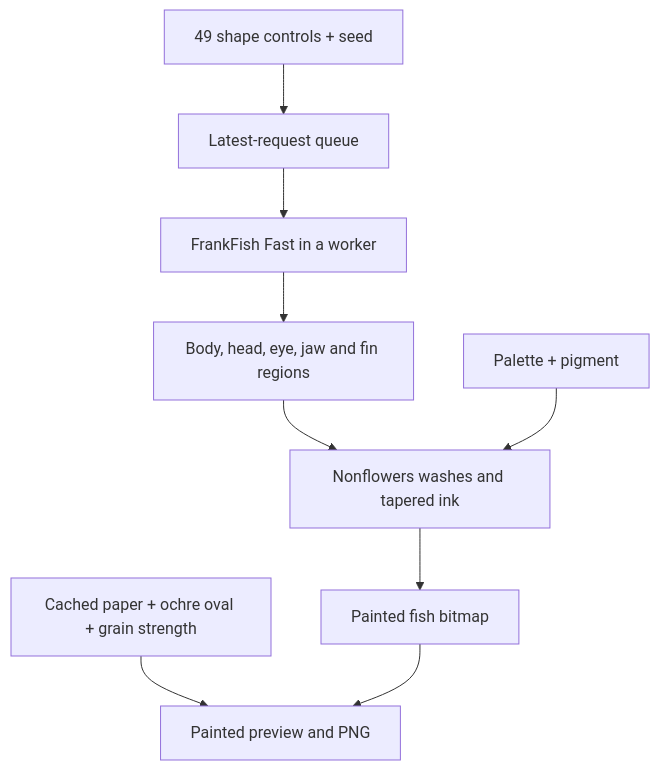
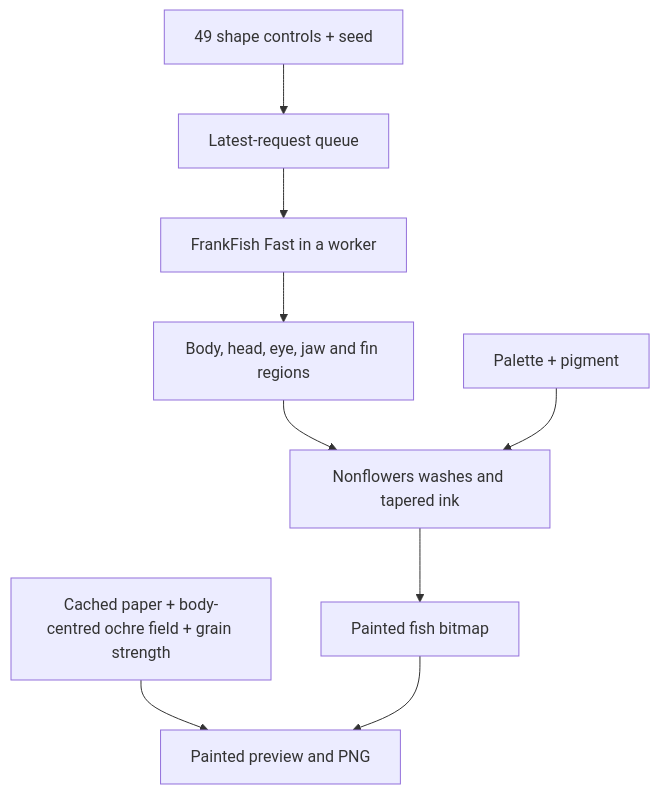
Before and after one commit to FrankMarsman/PrettyFish: the diagram in studio/docs/ARCHITECTURE.md, drawn with Mermaid. The commit also changed other lines of this file and 9 other files, not shown here.

````diff
--- a/studio/docs/ARCHITECTURE.md
+++ b/studio/docs/ARCHITECTURE.md
@@ -13,11 +13,11 @@
 ```mermaid
 flowchart TD
   A[49 shape controls + seed] --> B[Latest-request queue]
   B --> C[FrankFish Fast in a worker]
   C --> D[Body, head, eye, jaw and fin regions]
   D --> E[Nonflowers washes and tapered ink]
   F[Palette + pigment] --> E
   E --> G[Painted fish bitmap]
-  H[Cached paper + ochre oval + grain strength] --> I[Painted preview and PNG]
+  H[Cached paper + body-centred ochre field + grain strength] --> I[Painted preview and PNG]
   G --> I
 ```
````
